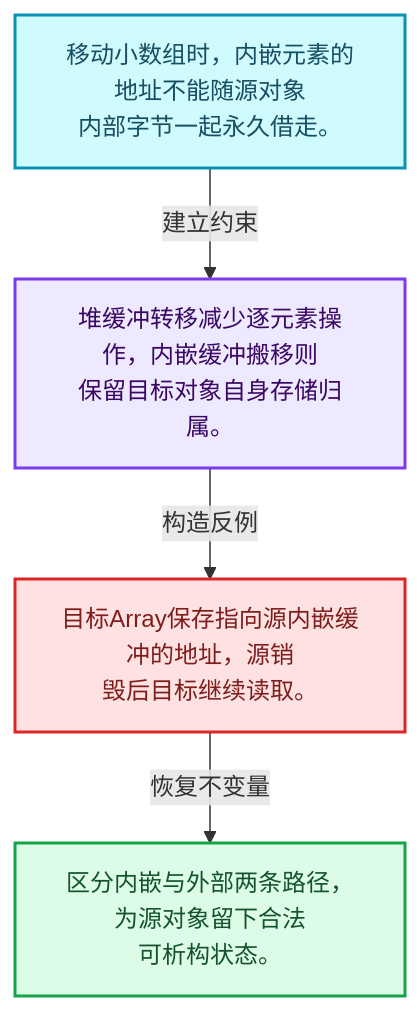
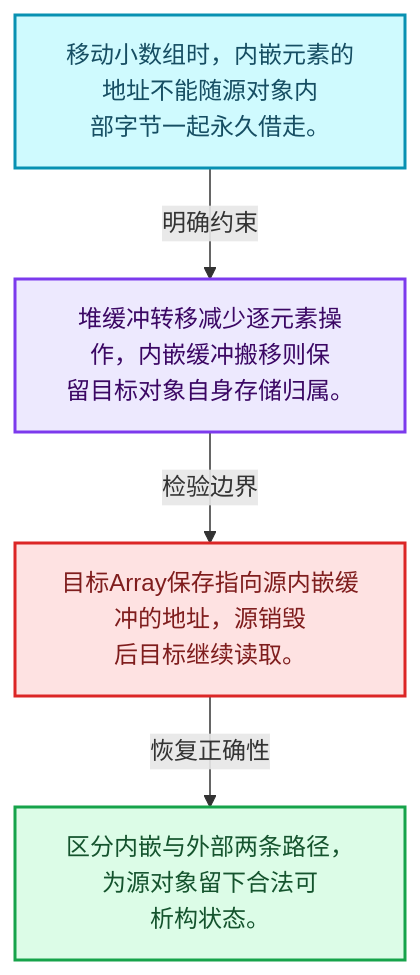
One commit to yunkezengren/blender-.vscode changed the first of 4 diagrams in 杂/markdown/全面学习-codex/01-基础容器与现代CPP/08-Array复制移动与销毁.md. Above: the diagram before and after it, drawn with Mermaid. The commit also changed other lines of this file and 1930 other files, not shown here.

````diff
--- a/杂/markdown/全面学习-codex/01-基础容器与现代CPP/08-Array复制移动与销毁.md
+++ b/杂/markdown/全面学习-codex/01-基础容器与现代CPP/08-Array复制移动与销毁.md
@@ -29,16 +29,16 @@
 ```mermaid
 flowchart TB
-  M["移动小数组时，内嵌元素的地址不能随源对象<br/>内部字节一起永久借走。"]:::data
-  T["堆缓冲转移减少逐元素操作，内嵌缓冲搬移则<br/>保留目标对象自身存储归属。"]:::abstraction
-  X["目标Array保存指向源内嵌缓冲的地址，源销<br/>毁后目标继续读取。"]:::error
-  A["区分内嵌与外部两条路径，为源对象留下合法<br/>可析构状态。"]:::result
-  M -->|"建立约束"| T
-  T -->|"构造反例"| X
-  X -->|"恢复不变量"| A
+  M["移动小数组时，内嵌元素的地址不能随源对象内<br/>部字节一起永久借走。"]:::data
+  C["堆缓冲转移减少逐元素操作，内嵌缓冲搬移则保<br/>留目标对象自身存储归属。"]:::abstraction
+  B["目标Array保存指向源内嵌缓冲的地址，源销毁<br/>后目标继续读取。"]:::error
+  R["区分内嵌与外部两条路径，为源对象留下合法可<br/>析构状态。"]:::result
+  M -->|"明确约束"| C
+  C -->|"检验边界"| B
+  B -->|"恢复正确性"| R
   classDef input fill:#DBEAFE,stroke:#2563EB,color:#172554,stroke-width:2px;
   classDef data fill:#CFFAFE,stroke:#0891B2,color:#164E63,stroke-width:2px;
   classDef abstraction fill:#EDE9FE,stroke:#7C3AED,color:#3B0764,stroke-width:2px;
   classDef compute fill:#FEF3C7,stroke:#D97706,color:#78350F,stroke-width:2px;
   classDef result fill:#DCFCE7,stroke:#16A34A,color:#14532D,stroke-width:2px;
   classDef error fill:#FEE2E2,stroke:#DC2626,color:#7F1D1D,stroke-width:2px;
 ```
````
